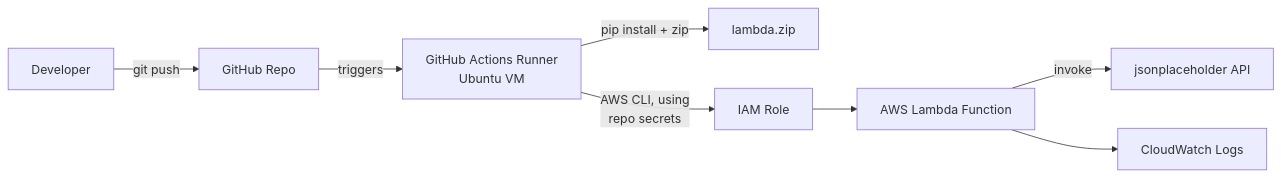
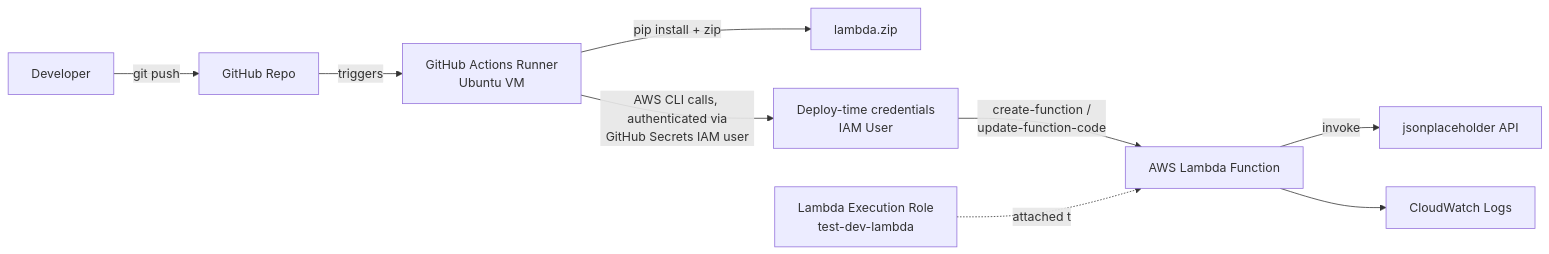
One commit to sanskar-sri/AWS_LAMBDA_CICD changed the diagram in README.md. Above: the diagram before and after it, drawn with Mermaid. The commit also changed other lines of this file, not shown here.

````diff
--- a/README.md
+++ b/README.md
@@ -25,10 +25,11 @@
 ```mermaid
 flowchart LR
     Dev[Developer] -->|git push| GH[GitHub Repo]
     GH -->|triggers| GA[GitHub Actions Runner<br/>Ubuntu VM]
     GA -->|pip install + zip| Pkg[lambda.zip]
-    GA -->|AWS CLI, using<br/>repo secrets| IAM[IAM Role]
-    IAM --> Lambda[AWS Lambda Function]
+    GA -->|AWS CLI calls, authenticated via<br/>GitHub Secrets IAM user| Deploy[Deploy-time credentials<br/>IAM User]
+    Deploy -->|create-function /<br/>update-function-code| Lambda[AWS Lambda Function]
+    ExecRole[Lambda Execution Role<br/>test-dev-lambda] -.attached to.-> Lambda
     Lambda -->|invoke| API[jsonplaceholder API]
     Lambda --> CW[CloudWatch Logs]
 ```
````
